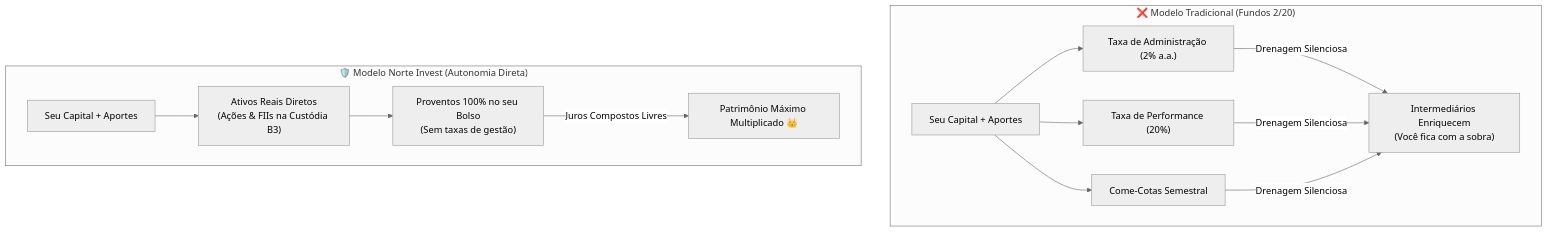
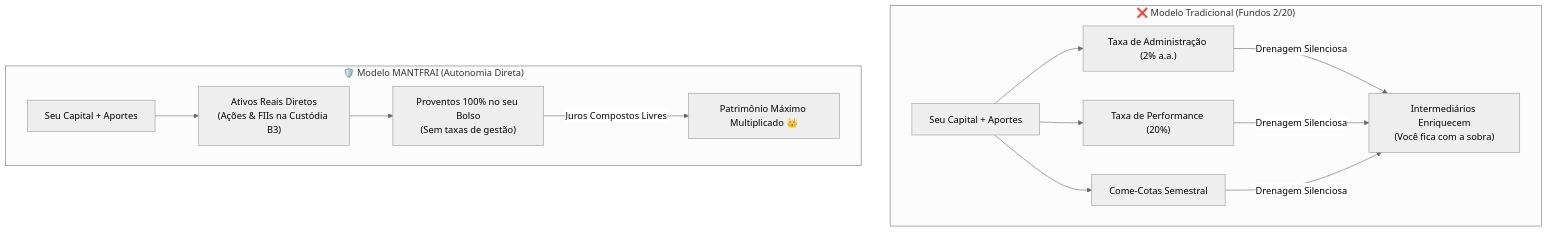
One commit to Rickss100/Davi-Hidra changed the diagram in src/data/academy/lessons/modulo-2/aula-2-1.md. Above: the diagram before and after it, drawn with Mermaid (neutral theme). The commit also changed other lines of this file and 43 other files, not shown here.

````diff
--- a/src/data/academy/lessons/modulo-2/aula-2-1.md
+++ b/src/data/academy/lessons/modulo-2/aula-2-1.md
@@ -74,15 +74,15 @@
 ```mermaid
 flowchart TD
     subgraph Fundo["❌ Modelo Tradicional (Fundos 2/20)"]
         F1["Seu Capital + Aportes"] --> F2["Taxa de Administração (2% a.a.)"]
         F1 --> F3["Taxa de Performance (20%)"]
         F1 --> F4["Come-Cotas Semestral"]
         F2 & F3 & F4 -->|Drenagem Silenciosa| F5["Intermediários Enriquecem<br/>(Você fica com a sobra)"]
     end
 
-    subgraph Direto["🛡️ Modelo Norte Invest (Autonomia Direta)"]
+    subgraph Direto["🛡️ Modelo MANTFRAI (Autonomia Direta)"]
         D1["Seu Capital + Aportes"] --> D2["Ativos Reais Diretos<br/>(Ações & FIIs na Custódia B3)"]
         D2 --> D3["Proventos 100% no seu Bolso<br/>(Sem taxas de gestão)"]
         D3 -->|Juros Compostos Livres| D4["Patrimônio Máximo Multiplicado 👑"]
     end
 ```
````
